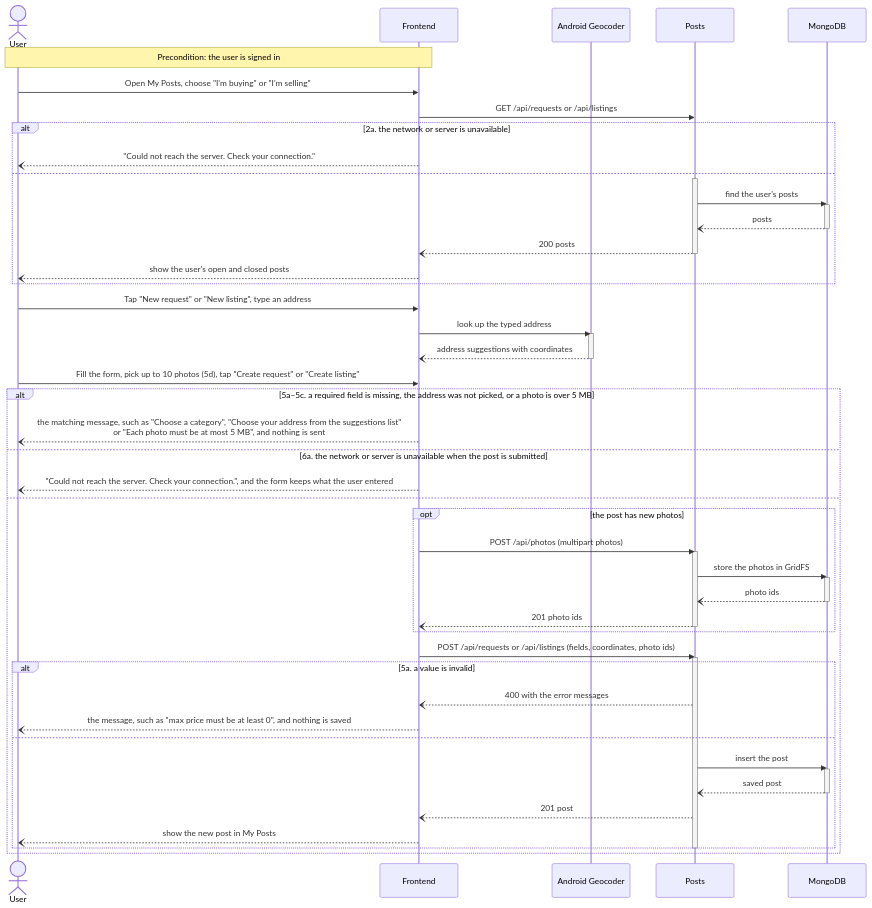
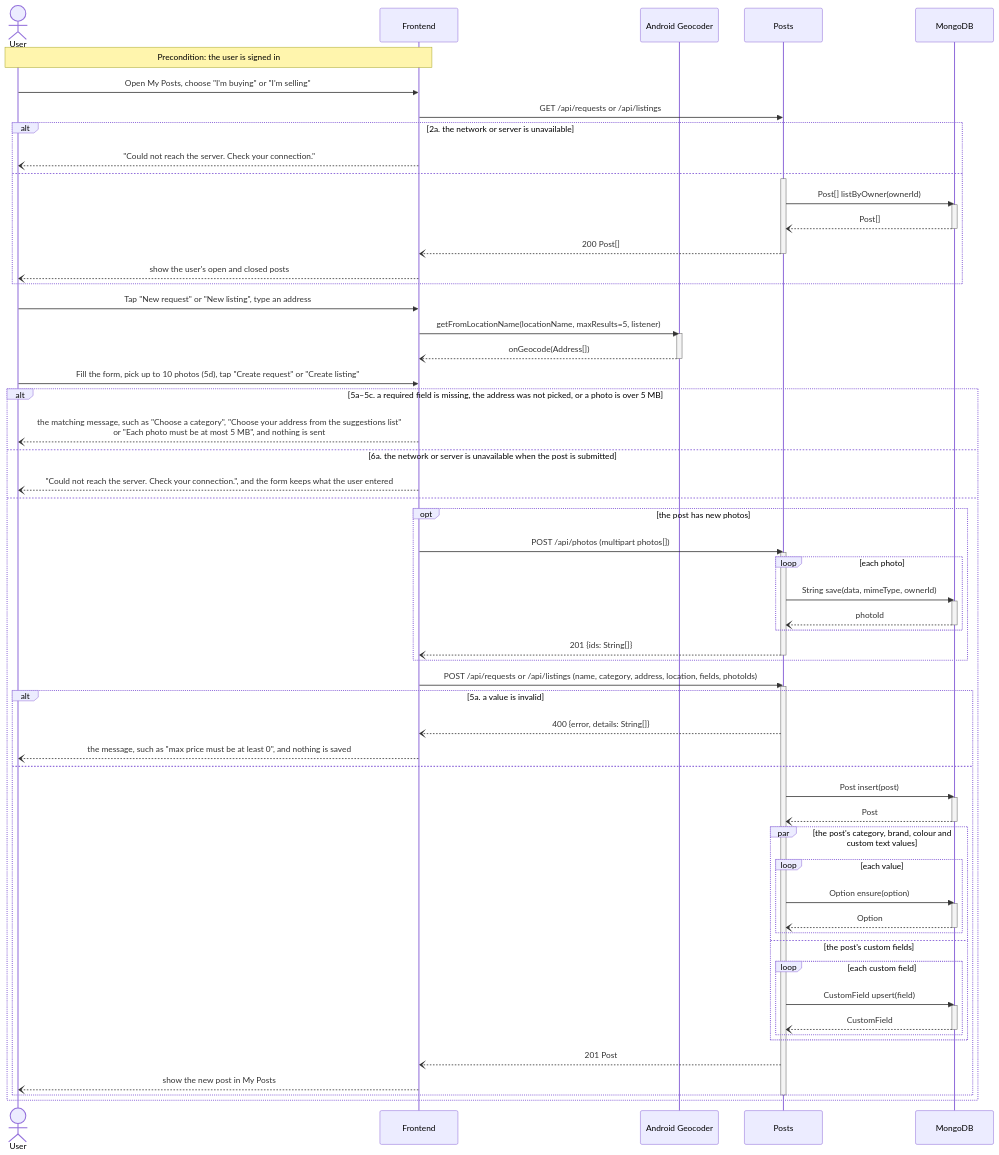
One commit to m1lun/MatchMarket changed the second of 6 diagrams in documentation/Requirements_and_Design.md. Above: the diagram before and after it, drawn with Mermaid. The commit also changed other lines of this file and 2 other files, not shown here.

First line of the commit message:
docs: show interfaces instead of descriptions in the sequence diagrams (#243)

````diff
--- a/documentation/Requirements_and_Design.md
+++ b/documentation/Requirements_and_Design.md
@@ -542,59 +564,76 @@
 ```mermaid
 sequenceDiagram
     actor U as User
     participant FE as Frontend
     participant GEO as Android Geocoder
     participant P as Posts
     participant DB as MongoDB
     Note over U,FE: Precondition: the user is signed in
     U->>FE: Open My Posts, choose "I'm buying" or "I'm selling"
     FE->>P: GET /api/requests or /api/listings
     alt 2a. the network or server is unavailable
         FE--)U: "Could not reach the server. Check your connection."
     else
         activate P
-        P->>DB: find the user's posts
+        P->>DB: Post[] listByOwner(ownerId)
         activate DB
-        DB--)P: posts
+        DB--)P: Post[]
         deactivate DB
-        P--)FE: 200 posts
+        P--)FE: 200 Post[]
         deactivate P
         FE--)U: show the user's open and closed posts
     end
     U->>FE: Tap "New request" or "New listing", type an address
-    FE->>GEO: look up the typed address
+    FE->>GEO: getFromLocationName(locationName, maxResults=5, listener)
     activate GEO
-    GEO--)FE: address suggestions with coordinates
+    GEO--)FE: onGeocode(Address[])
     deactivate GEO
     U->>FE: Fill the form, pick up to 10 photos (5d), tap "Create request" or "Create listing"
     alt 5a–5c. a required field is missing, the address was not picked, or a photo is over 5 MB
         FE--)U: the matching message, such as "Choose a category", "Choose your address from the suggestions list"<br/>or "Each photo must be at most 5 MB", and nothing is sent
     else 6a. the network or server is unavailable when the post is submitted
         FE--)U: "Could not reach the server. Check your connection.", and the form keeps what the user entered
     else
         opt the post has new photos
-            FE->>P: POST /api/photos (multipart photos)
+            FE->>P: POST /api/photos (multipart photos[])
             activate P
-            P->>DB: store the photos in GridFS
-            activate DB
-            DB--)P: photo ids
-            deactivate DB
-            P--)FE: 201 photo ids
+            loop each photo
+                P->>DB: String save(data, mimeType, ownerId)
+                activate DB
+                DB--)P: photoId
+                deactivate DB
+            end
+            P--)FE: 201 {ids: String[]}
             deactivate P
         end
-        FE->>P: POST /api/requests or /api/listings (fields, coordinates, photo ids)
+        FE->>P: POST /api/requests or /api/listings (name, category, address, location, fields, photoIds)
         activate P
         alt 5a. a value is invalid
-            P--)FE: 400 with the error messages
+            P--)FE: 400 {error, details: String[]}
             FE--)U: the message, such as "max price must be at least 0", and nothing is saved
         else
-            P->>DB: insert the post
+            P->>DB: Post insert(post)
             activate DB
-            DB--)P: saved post
+            DB--)P: Post
             deactivate DB
-            P--)FE: 201 post
+            par the post's category, brand, colour and custom text values
+                loop each value
+                    P->>DB: Option ensure(option)
+                    activate DB
+                    DB--)P: Option
+                    deactivate DB
+                end
+            and the post's custom fields
+                loop each custom field
+                    P->>DB: CustomField upsert(field)
+                    activate DB
+                    DB--)P: CustomField
+                    deactivate DB
+                end
+            end
+            P--)FE: 201 Post
             FE--)U: show the new post in My Posts
         end
         deactivate P
     end
 ```
````
